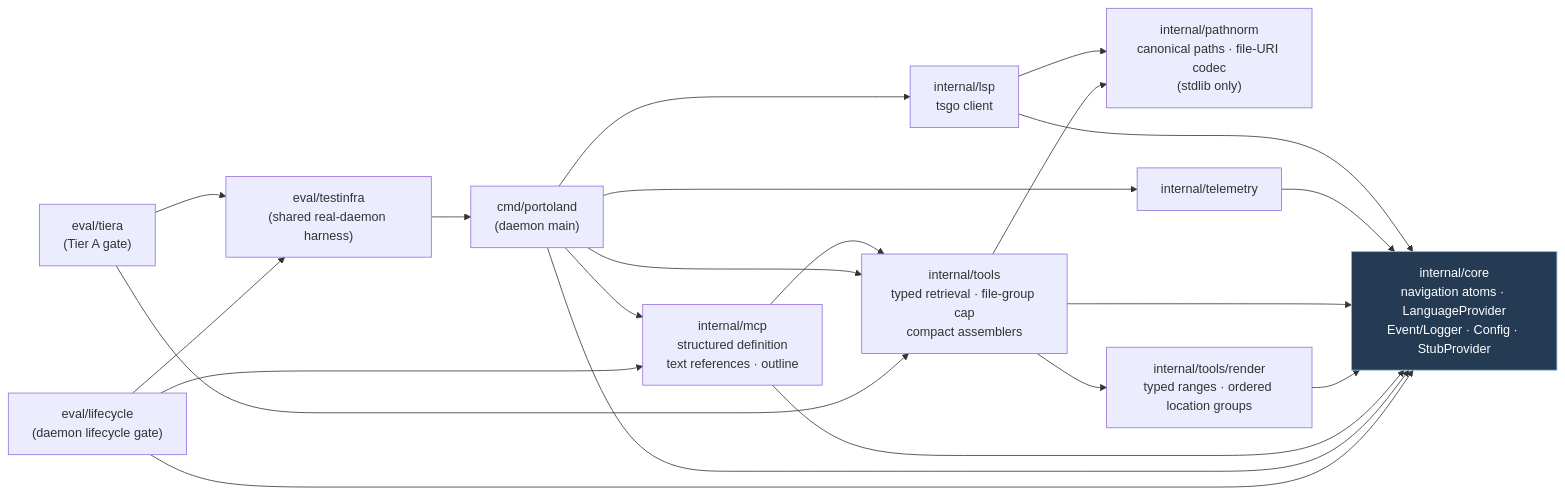
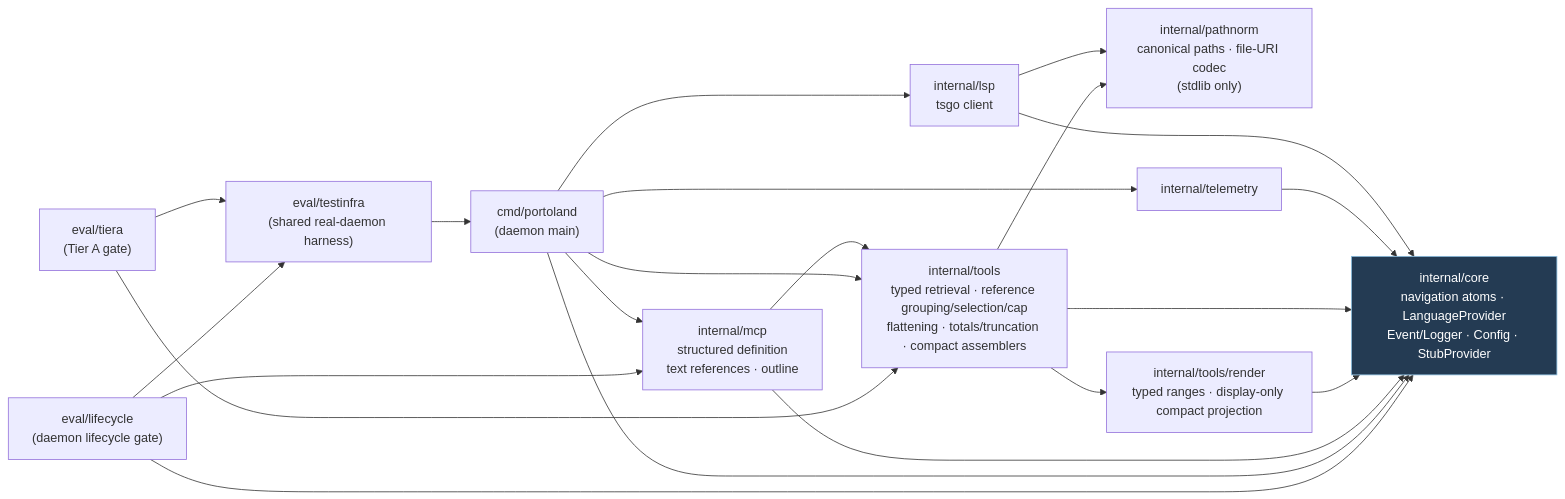
The fourth of 6 diagrams in ARCHITECTURE.md (skflowne/portolan), drawn with Mermaid before and after one commit. The commit also changed other lines of this file and 2 other files, not shown here.

Commit message:
docs: specify complete reference file-group cap

````diff
--- a/ARCHITECTURE.md
+++ b/ARCHITECTURE.md
@@ -239,38 +241,38 @@
 ```mermaid
 flowchart LR
     core["internal/core<br/>navigation atoms · LanguageProvider<br/>Event/Logger · Config · StubProvider"]
     lsp["internal/lsp<br/>tsgo client"]
     path["internal/pathnorm<br/>canonical paths · file-URI codec<br/>(stdlib only)"]
     tel["internal/telemetry"]
-    tools["internal/tools<br/>typed retrieval · file-group cap<br/>compact assemblers"]
-    render["internal/tools/render<br/>typed ranges · ordered location groups"]
+    tools["internal/tools<br/>typed retrieval · reference grouping/selection/cap<br/>flattening · totals/truncation · compact assemblers"]
+    render["internal/tools/render<br/>typed ranges · display-only compact projection"]
     mcp["internal/mcp<br/>structured definition<br/>text references · outline"]
     cmd["cmd/portoland<br/>(daemon main)"]
     eval["eval/tiera<br/>(Tier A gate)"]
     lifecycle["eval/lifecycle<br/>(daemon lifecycle gate)"]
     testinfra["eval/testinfra<br/>(shared real-daemon harness)"]
 
     lsp --> core
     lsp --> path
     tel --> core
     tools --> core
     tools --> path
     tools --> render
     render --> core
     mcp --> core
     mcp --> tools
     cmd --> core
     cmd --> lsp
     cmd --> tel
     cmd --> mcp
     cmd --> tools
     eval --> tools
     eval --> testinfra
     lifecycle --> testinfra
     lifecycle --> mcp
     lifecycle --> core
     testinfra --> cmd
 
     classDef center fill:#243b53,stroke:#8bd,color:#fff;
     class core center;
 ```
````
